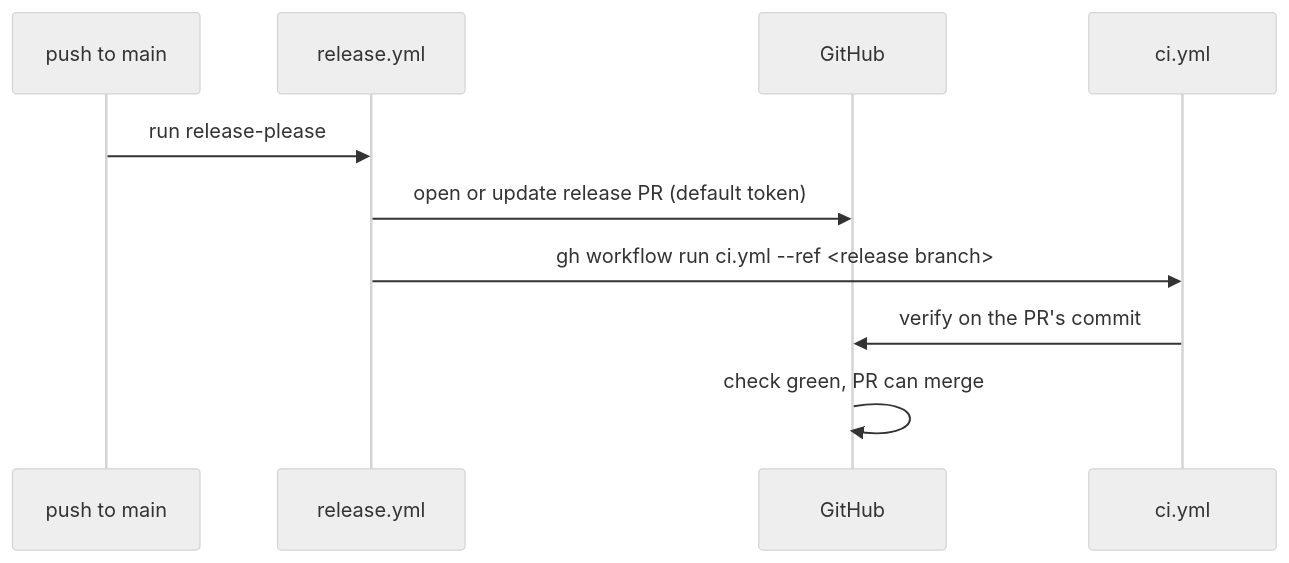
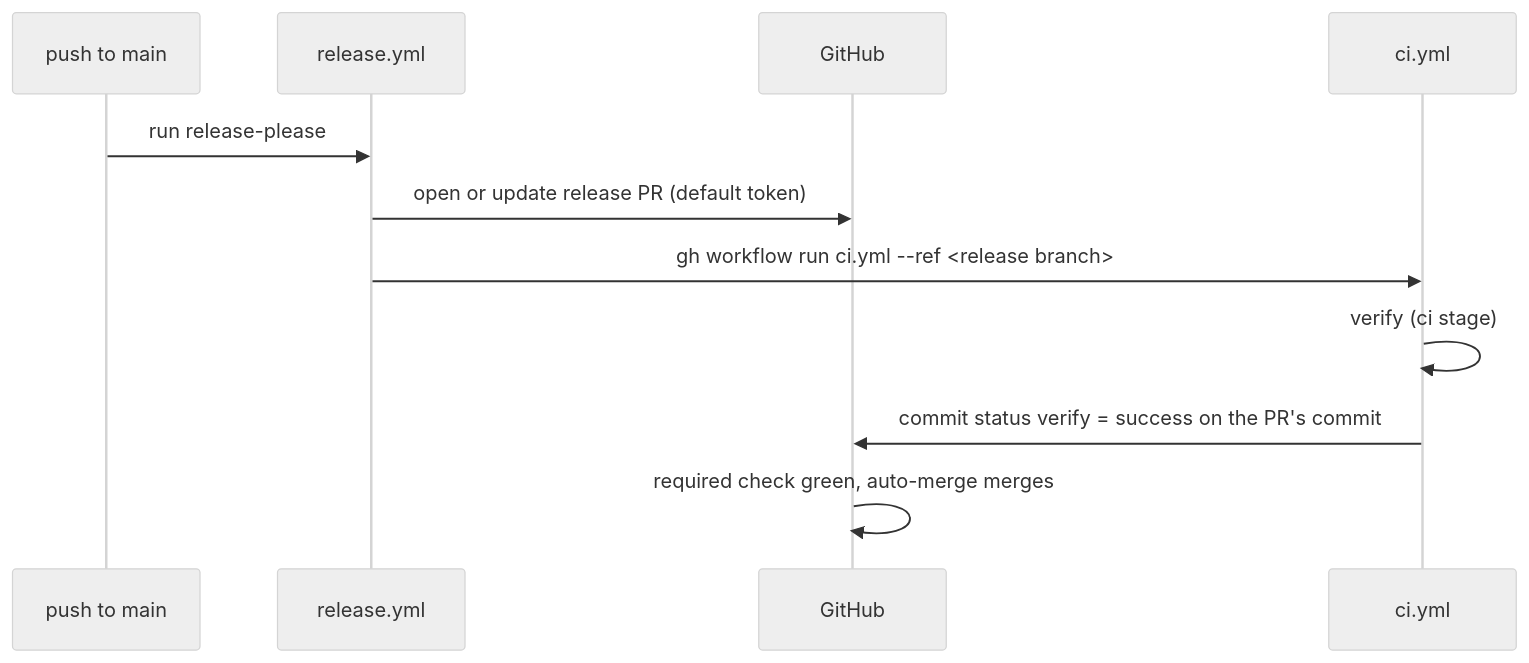
Before and after one commit to timschoch/skilly: the fifth of 5 diagrams in docs/adr/0009-setup-decides-then-applies.md, drawn with Mermaid (neutral theme). The commit also changed other lines of this file and 6 other files, not shown here.

````diff
--- a/docs/adr/0009-setup-decides-then-applies.md
+++ b/docs/adr/0009-setup-decides-then-applies.md
@@ -121,12 +121,13 @@
     ```mermaid
     sequenceDiagram
       participant Main as push to main
       participant Rel as release.yml
       participant GitHub
       participant CI as ci.yml
       Main->>Rel: run release-please
       Rel->>GitHub: open or update release PR (default token)
       Rel->>CI: gh workflow run ci.yml --ref <release branch>
-      CI->>GitHub: verify on the PR's commit
-      GitHub->>GitHub: check green, PR can merge
+      CI->>CI: verify (ci stage)
+      CI->>GitHub: commit status verify = success on the PR's commit
+      GitHub->>GitHub: required check green, auto-merge merges
     ```
````
